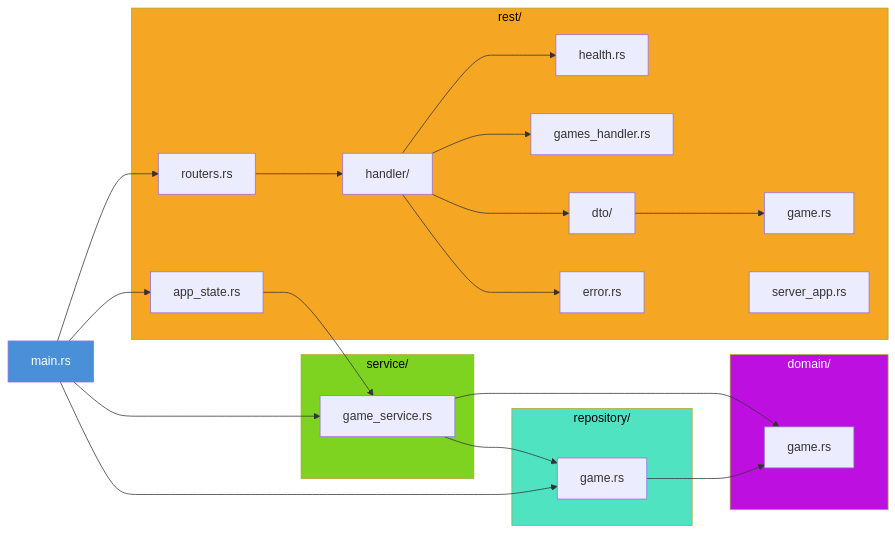
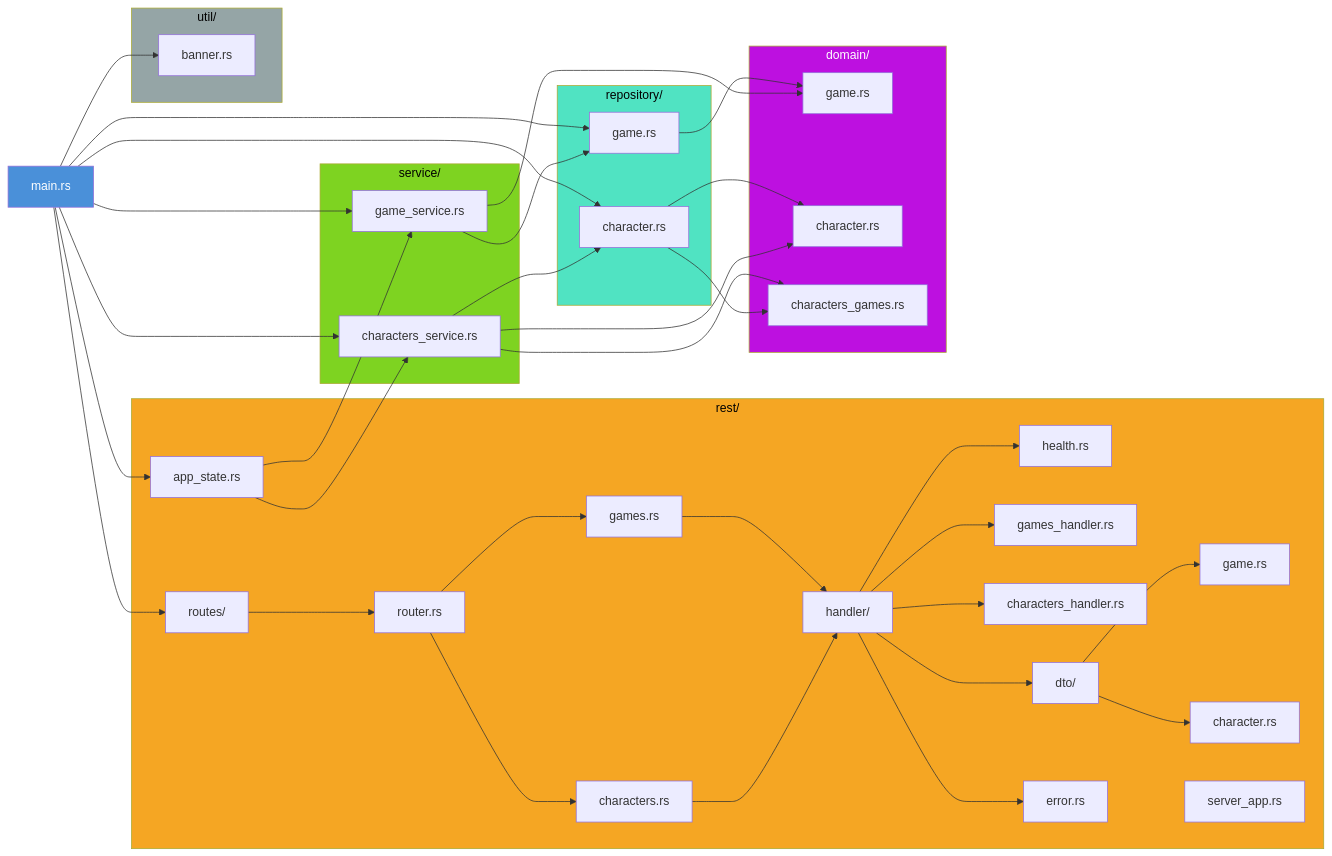
The second of 7 diagrams in README.md (Daniel-Dos/ff-codex), drawn with Mermaid before and after one commit. The commit also changed other lines of this file and 11 other files, not shown here.

````diff
--- a/README.md
+++ b/README.md
@@ -87,47 +78,76 @@
 ```mermaid
 graph LR
     subgraph rest["rest/"]
+        routes["routes/"]
+        router["router.rs"]
+        routes_games["games.rs"]
+        routes_chars["characters.rs"]
         handler["handler/"]
         handler_health["health.rs"]
         handler_games["games_handler.rs"]
+        handler_chars["characters_handler.rs"]
         dto["dto/"]
         dto_game["game.rs"]
+        dto_char["character.rs"]
         error["error.rs"]
         app_state["app_state.rs"]
-        routers["routers.rs"]
         server["server_app.rs"]
     end
 
     subgraph domain["domain/"]
         game_d["game.rs"]
+        char_d["character.rs"]
+        cg_d["characters_games.rs"]
     end
 
     subgraph repository["repository/"]
         game_r["game.rs"]
+        char_r["character.rs"]
     end
 
     subgraph service["service/"]
         game_s["game_service.rs"]
+        char_s["characters_service.rs"]
+    end
+
+    subgraph util["util/"]
+        banner["banner.rs"]
     end
 
     main["main.rs"] --> app_state
-    main --> routers
+    main --> routes
     main --> game_r
+    main --> char_r
     main --> game_s
+    main --> char_s
+    main --> banner
     app_state --> game_s
-    routers --> handler
+    app_state --> char_s
+    routes --> router
+    router --> routes_games
+    router --> routes_chars
+    routes_games --> handler
+    routes_chars --> handler
     handler --> handler_health
     handler --> handler_games
+    handler --> handler_chars
     handler --> dto
     dto --> dto_game
+    dto --> dto_char
     handler --> error
     game_s --> game_r
+    char_s --> char_r
     game_r --> game_d
+    char_r --> char_d
     game_s --> game_d
+    char_s --> char_d
+    char_s --> cg_d
+    char_r --> cg_d
 
     style main fill:#4a90d9,color:#fff
     style rest fill:#f5a623,color:#000
     style domain fill:#bd10e0,color:#fff
     style repository fill:#50e3c2,color:#000
     style service fill:#7ed321,color:#000
+    style util fill:#95a5a6,color:#000
 ```
````
